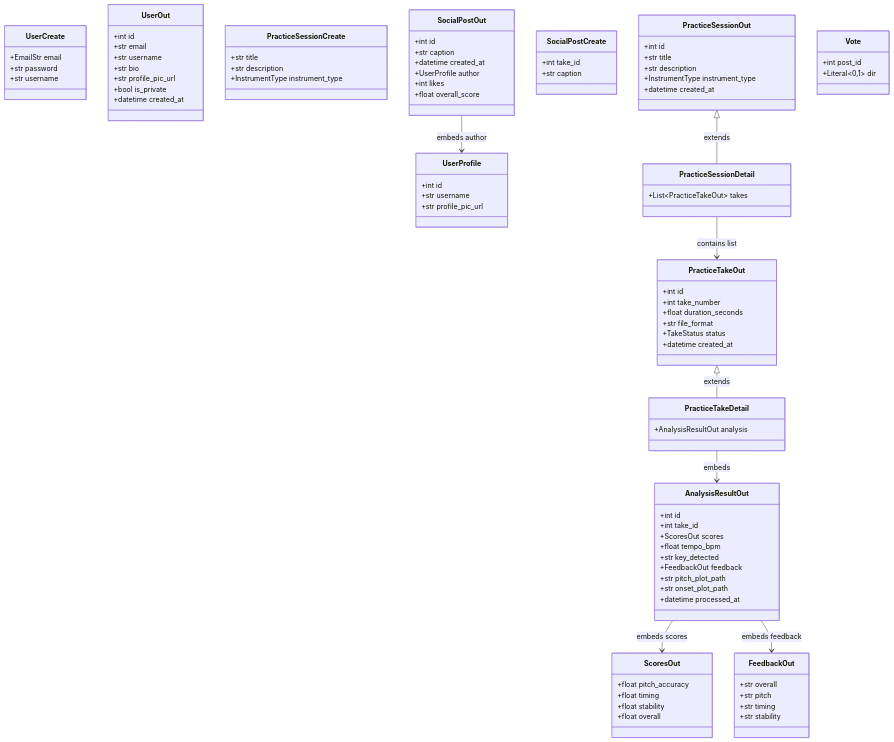
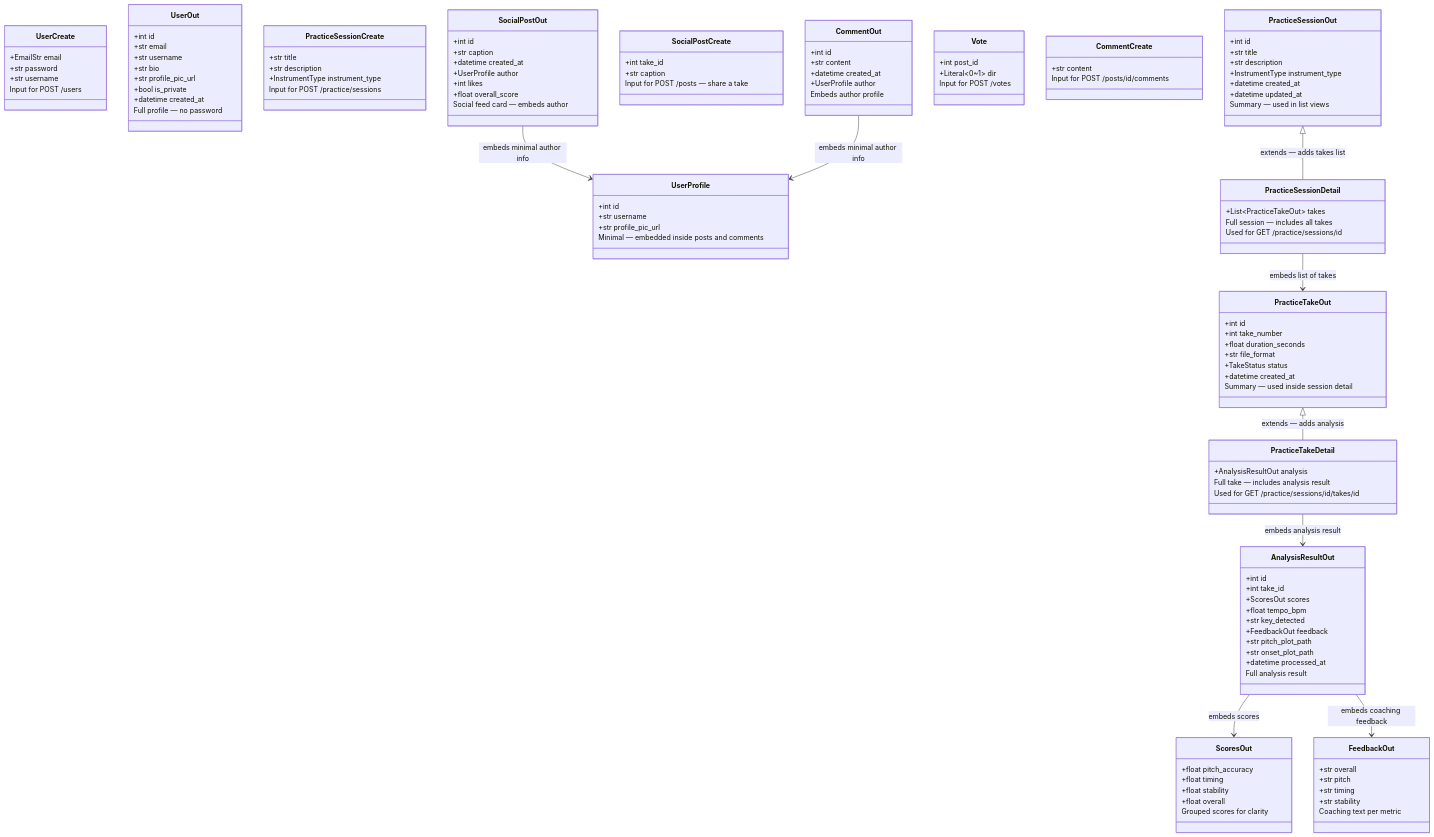
The fourth of 4 diagrams in docs/04_class_diagram.md (john3lizama/Music_Practice_Companion), drawn with Mermaid before and after one commit. The commit also changed other lines of this file and 5 other files, not shown here.

Commit message:
Enhance audio data pipeline documentation: clarify purpose, structure, and flow; detail each processing step with inputs, outputs, and algorithms; improve feedback generation and scoring sections; and outline implementation order and future enhancements.

````diff
--- a/docs/04_class_diagram.md
+++ b/docs/04_class_diagram.md
@@ -234,11 +338,14 @@
 ```mermaid
 classDiagram
+    direction TB
 
     class UserCreate {
         +EmailStr email
         +str password
         +str username
+        Input for POST /users
     }
+
     class UserOut {
         +int id
         +str email
@@ -247,27 +354,37 @@
         +str profile_pic_url
         +bool is_private
         +datetime created_at
+        Full profile — no password
     }
+
     class UserProfile {
         +int id
         +str username
         +str profile_pic_url
+        Minimal — embedded inside posts and comments
     }
 
     class PracticeSessionCreate {
         +str title
         +str description
         +InstrumentType instrument_type
+        Input for POST /practice/sessions
     }
+
     class PracticeSessionOut {
         +int id
         +str title
         +str description
         +InstrumentType instrument_type
         +datetime created_at
+        +datetime updated_at
+        Summary — used in list views
     }
+
     class PracticeSessionDetail {
         +List~PracticeTakeOut~ takes
+        Full session — includes all takes
+        Used for GET /practice/sessions/id
     }
 
     class PracticeTakeOut {
@@ -277,9 +394,13 @@
         +str file_format
         +TakeStatus status
         +datetime created_at
+        Summary — used inside session detail
     }
+
     class PracticeTakeDetail {
         +AnalysisResultOut analysis
+        Full take — includes analysis result
+        Used for GET /practice/sessions/id/takes/id
     }
 
     class ScoresOut {
@@ -287,13 +408,17 @@
         +float timing
         +float stability
         +float overall
+        Grouped scores for clarity
     }
+
     class FeedbackOut {
         +str overall
         +str pitch
         +str timing
         +str stability
+        Coaching text per metric
     }
+
     class AnalysisResultOut {
         +int id
         +int take_id
@@ -304,12 +429,15 @@
         +str pitch_plot_path
         +str onset_plot_path
         +datetime processed_at
+        Full analysis result
     }
 
     class SocialPostCreate {
         +int take_id
         +str caption
+        Input for POST /posts — share a take
     }
+
     class SocialPostOut {
         +int id
         +str caption
@@ -317,20 +445,35 @@
         +UserProfile author
         +int likes
         +float overall_score
+        Social feed card — embeds author
     }
 
     class Vote {
         +int post_id
-        +Literal~0,1~ dir
+        +Literal~0~1~ dir
+        Input for POST /votes
     }
 
-    PracticeSessionOut  <|-- PracticeSessionDetail  : extends
-    PracticeTakeOut     <|-- PracticeTakeDetail     : extends
+    class CommentCreate {
+        +str content
+        Input for POST /posts/id/comments
+    }
 
-    PracticeSessionDetail --> PracticeTakeOut       : contains list
-    PracticeTakeDetail    --> AnalysisResultOut     : embeds
+    class CommentOut {
+        +int id
+        +str content
+        +datetime created_at
+        +UserProfile author
+        Embeds author profile
+    }
 
-    AnalysisResultOut --> ScoresOut                 : embeds scores
-    AnalysisResultOut --> FeedbackOut               : embeds feedback
-    SocialPostOut     --> UserProfile               : embeds author
+    PracticeSessionOut  <|-- PracticeSessionDetail  : extends — adds takes list
+    PracticeTakeOut     <|-- PracticeTakeDetail     : extends — adds analysis
+
+    PracticeSessionDetail --> PracticeTakeOut    : embeds list of takes
+    PracticeTakeDetail    --> AnalysisResultOut  : embeds analysis result
+    AnalysisResultOut     --> ScoresOut          : embeds scores
+    AnalysisResultOut     --> FeedbackOut        : embeds coaching feedback
+    SocialPostOut         --> UserProfile        : embeds minimal author info
+    CommentOut            --> UserProfile        : embeds minimal author info
 ```
````
